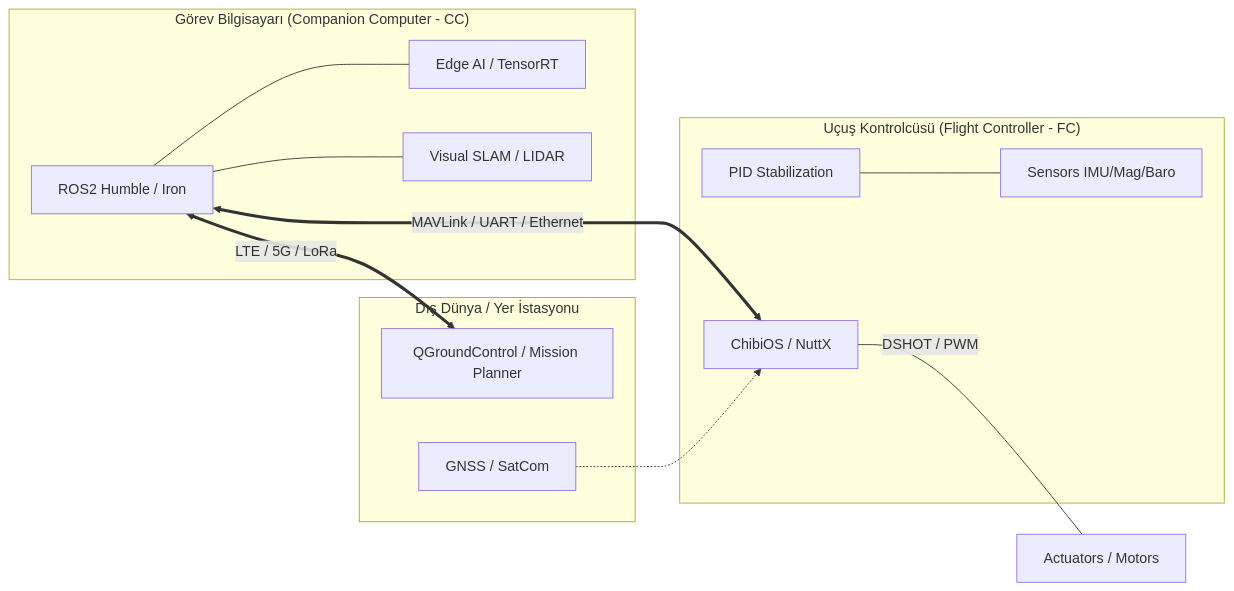
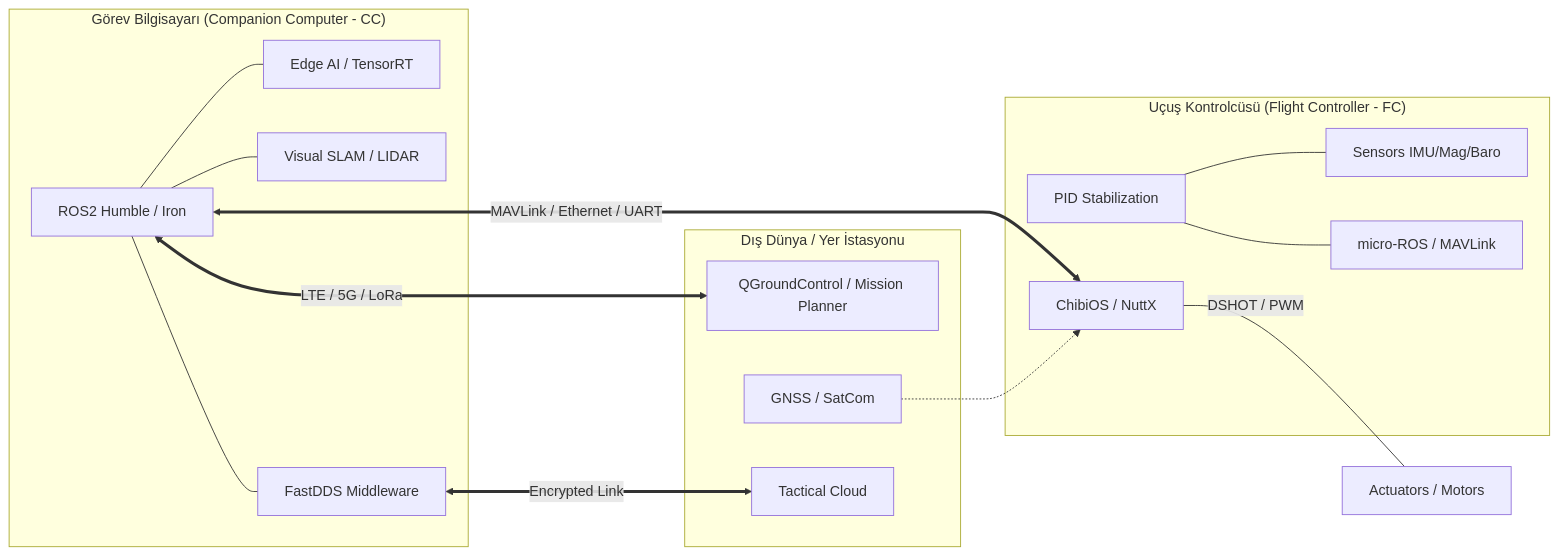
Before and after one commit to arch-yunus/uav-systems-architecture: the diagram in README.md, drawn with Mermaid. The commit also changed other lines of this file, not shown here.

Commit message:
docs: significantly extend architecture README with GNC and AI depth

````diff
--- a/README.md
+++ b/README.md
@@ -28,27 +30,33 @@
 ```mermaid
 graph LR
     subgraph "Görev Bilgisayarı (Companion Computer - CC)"
         ROS2[ROS2 Humble / Iron]
         AI[Edge AI / TensorRT]
         SLAM[Visual SLAM / LIDAR]
+        DDS[FastDDS Middleware]
         ROS2 --- AI
         ROS2 --- SLAM
+        ROS2 --- DDS
     end
 
     subgraph "Uçuş Kontrolcüsü (Flight Controller - FC)"
         RTOS[ChibiOS / NuttX]
         PID[PID Stabilization]
         SENS[Sensors IMU/Mag/Baro]
+        MROS[micro-ROS / MAVLink]
         PID --- SENS
+        PID --- MROS
     end
 
     subgraph "Dış Dünya / Yer İstasyonu"
         GCS[QGroundControl / Mission Planner]
         SAT[GNSS / SatCom]
+        CLOUD[Tactical Cloud]
     end
 
-    ROS2 <==>|MAVLink / UART / Ethernet| RTOS
+    ROS2 <==>|MAVLink / Ethernet / UART| RTOS
     ROS2 <==>|LTE / 5G / LoRa| GCS
+    DDS <==>|Encrypted Link| CLOUD
     RTOS ---|DSHOT / PWM| MOTORS[Actuators / Motors]
     SAT -.-> RTOS
 ```
````
